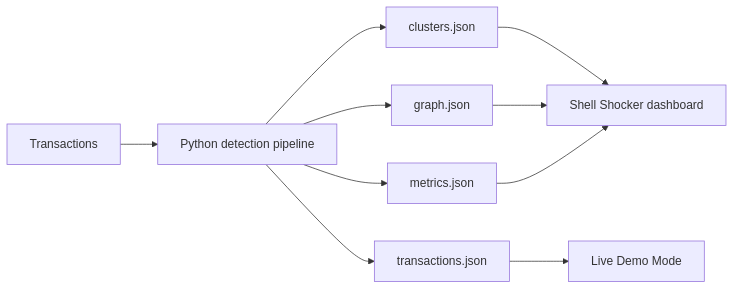
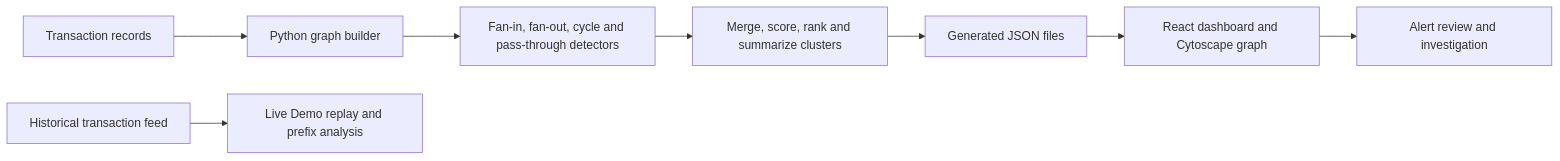
The first of 6 diagrams in README.md (dakshagarwal008/Shell-shock), drawn with Mermaid before and after one commit. The commit also changed other lines of this file, not shown here.

````diff
--- a/README.md
+++ b/README.md
@@ -46,12 +19,10 @@
 ```mermaid
 flowchart LR
-  A[Transactions] --> B[Python detection pipeline]
-  B --> C[clusters.json]
-  B --> D[graph.json]
-  B --> E[metrics.json]
-  B --> G[transactions.json]
-  C --> F[Shell Shocker dashboard]
-  D --> F
-  E --> F
-  G --> H[Live Demo Mode]
+  A[Transaction records] --> B[Python graph builder]
+  B --> C[Fan-in, fan-out, cycle and pass-through detectors]
+  C --> D[Merge, score, rank and summarize clusters]
+  D --> E[Generated JSON files]
+  E --> F[React dashboard and Cytoscape graph]
+  F --> G[Alert review and investigation]
+  H[Historical transaction feed] --> I[Live Demo replay and prefix analysis]
 ```
````
